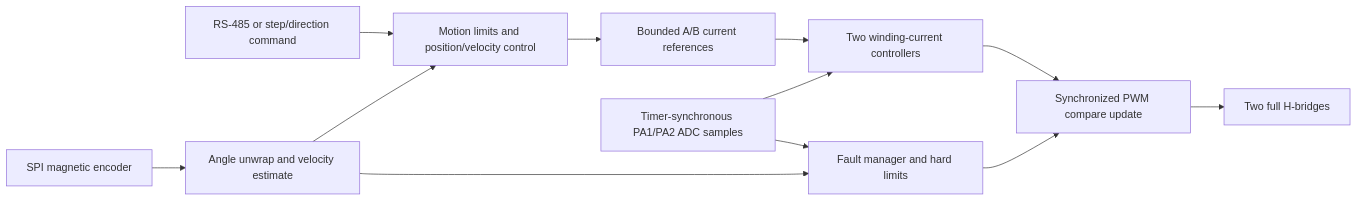
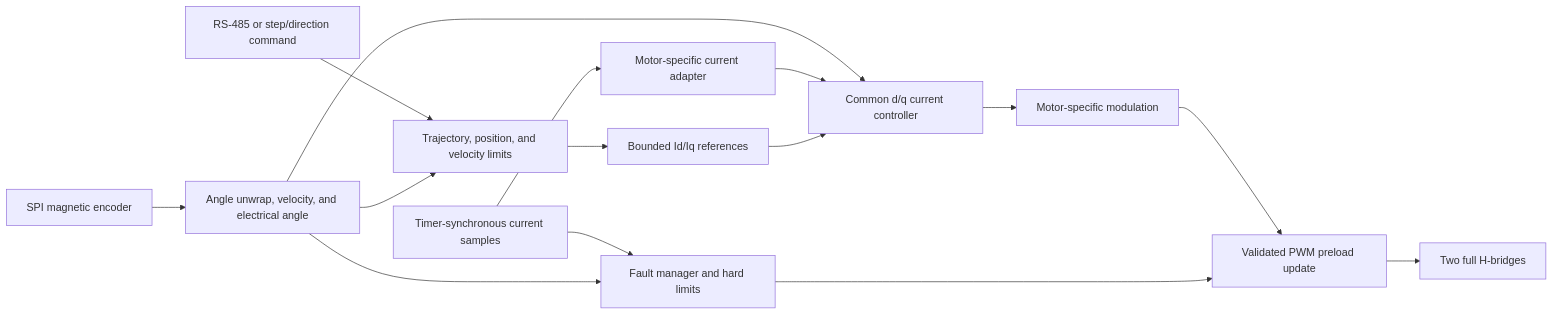
The diagram in docs/ARCHITECTURE.md (earlynerd/SERVO57D-firmware), drawn with Mermaid before and after one commit. The commit also changed other lines of this file and 27 other files, not shown here.

````diff
--- a/docs/ARCHITECTURE.md
+++ b/docs/ARCHITECTURE.md
@@ -55,14 +57,17 @@
 ```mermaid
 flowchart LR
-    CMD["RS-485 or step/direction command"] --> MOTION["Motion limits and position/velocity control"]
-    ENC["SPI magnetic encoder"] --> EST["Angle unwrap and velocity estimate"]
+    CMD["RS-485 or step/direction command"] --> MOTION["Trajectory, position, and velocity limits"]
+    ENC["SPI magnetic encoder"] --> EST["Angle unwrap, velocity, and electrical angle"]
     EST --> MOTION
-    MOTION --> IQ["Bounded A/B current references"]
-    ADC["Timer-synchronous PA1/PA2 ADC samples"] --> CURRENT["Two winding-current controllers"]
+    EST --> CURRENT
+    MOTION --> IQ["Bounded Id/Iq references"]
+    ADC["Timer-synchronous current samples"] --> ADAPT["Motor-specific current adapter"]
+    ADAPT --> CURRENT["Common d/q current controller"]
     IQ --> CURRENT
-    CURRENT --> PWM["Synchronized PWM compare update"]
+    CURRENT --> MOD["Motor-specific modulation"]
+    MOD --> PWM["Validated PWM preload update"]
     PWM --> BRIDGE["Two full H-bridges"]
     SAFE["Fault manager and hard limits"] --> PWM
     ADC --> SAFE
     EST --> SAFE
 ```
````
